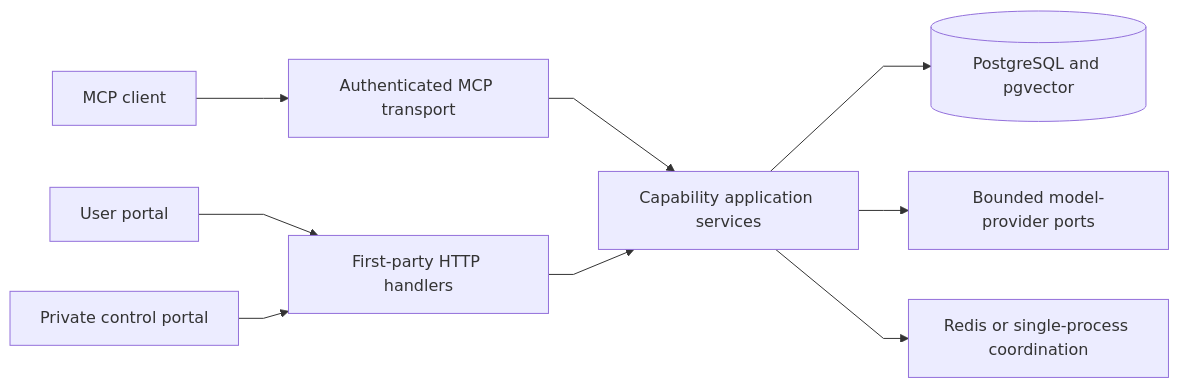
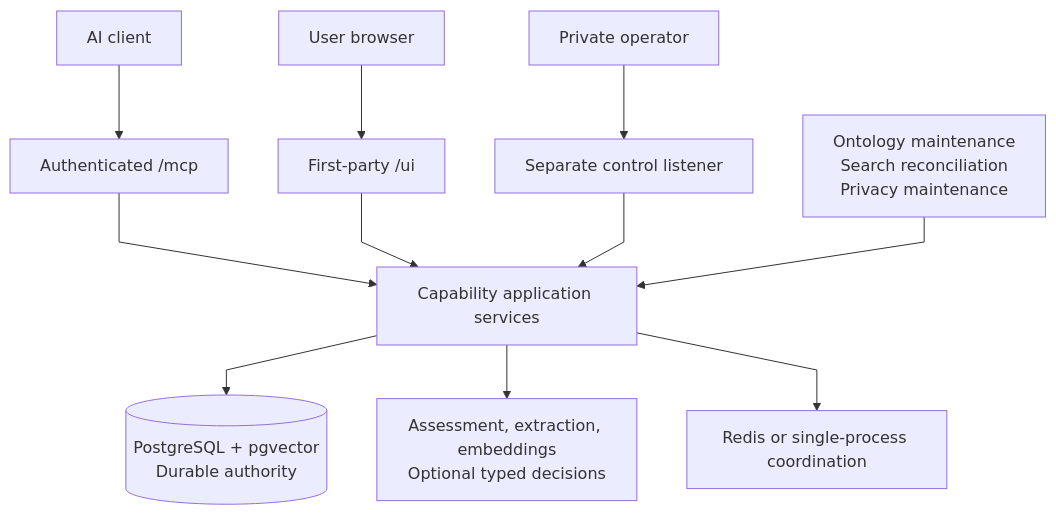
Before and after one commit to markhuangai/dense-mem: the first of 2 diagrams in Architecture.md, drawn with Mermaid. The commit also changed other lines of this file and 34 other files, not shown here.

````diff
--- a/Architecture.md
+++ b/Architecture.md
@@ -9,12 +7,14 @@
 ```mermaid
 %%{init: {"flowchart": {"curve": "linear"}}}%%
-flowchart LR
-  Host["MCP client"] --> Transport["Authenticated MCP transport"]
-  Browser["User portal"] --> HTTP["First-party HTTP handlers"]
-  Operator["Private control portal"] --> HTTP
-  Transport --> App["Capability application services"]
-  HTTP --> App
-  App --> PG[("PostgreSQL and pgvector")]
-  App --> AI["Bounded model-provider ports"]
+flowchart TB
+  Client["AI client"] --> MCP["Authenticated /mcp"]
+  User["User browser"] --> UI["First-party /ui"]
+  Operator["Private operator"] --> Control["Separate control listener"]
+  MCP --> App["Capability application services"]
+  UI --> App
+  Control --> App
+  App --> PG[("PostgreSQL + pgvector<br/>Durable authority")]
+  App --> Providers["Assessment, extraction, embeddings<br/>Optional typed decisions"]
   App --> Coordination["Redis or single-process coordination"]
+  Workers["Ontology maintenance<br/>Search reconciliation<br/>Privacy maintenance"] --> App
 ```
````
